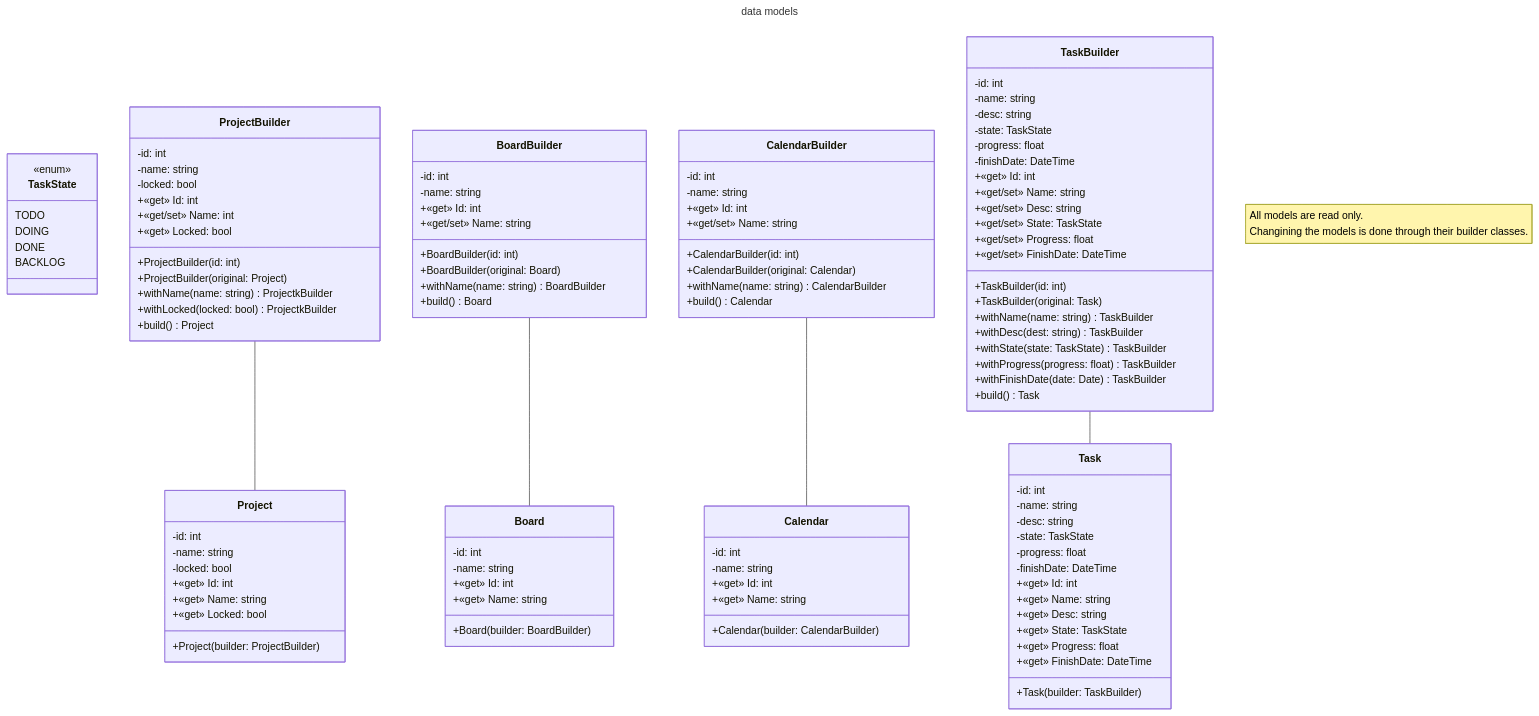
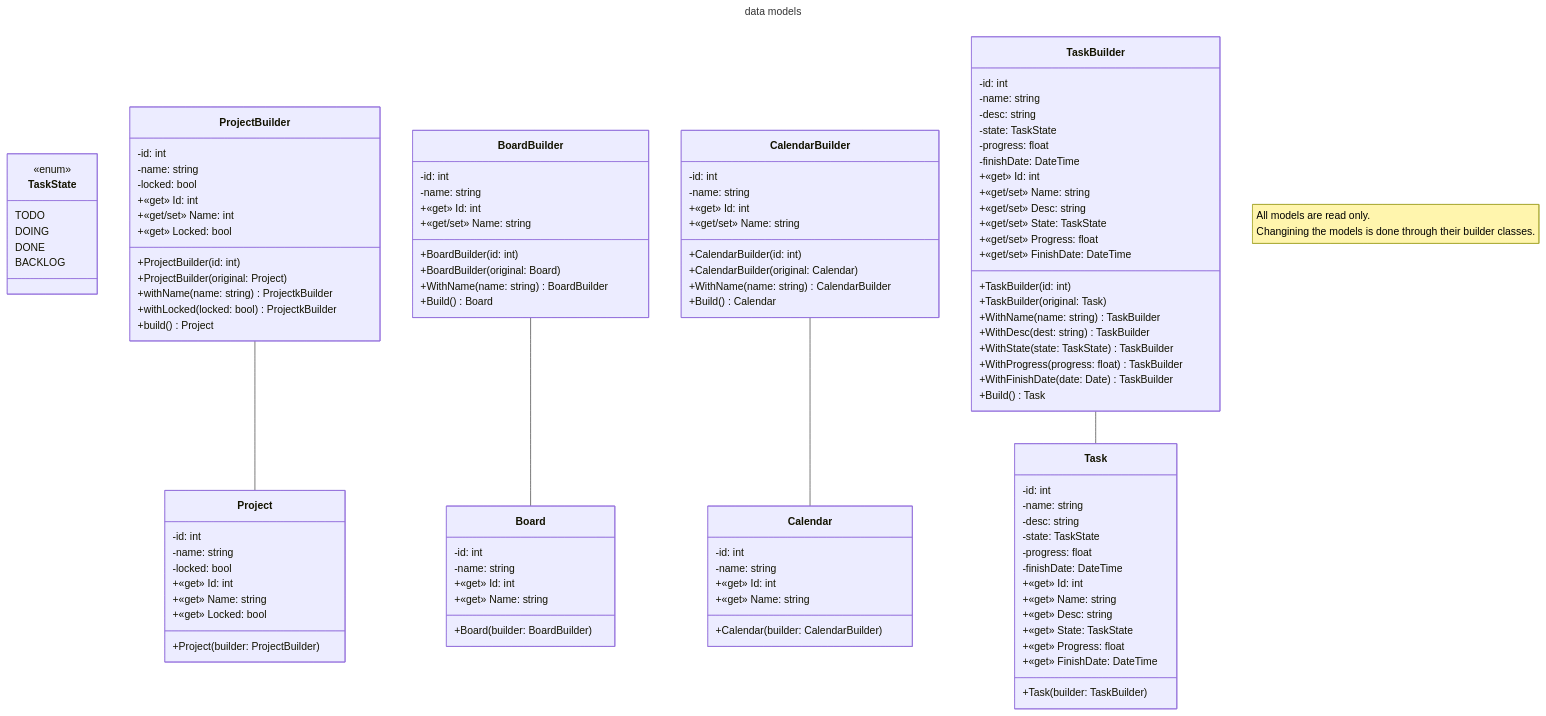
One commit to tadeas223/todo_list changed the diagram in docs/uml/Domain/Model.md. Above: the diagram before and after it, drawn with Mermaid. The commit also changed 6 other files, not shown here.

````diff
--- a/docs/uml/Domain/Model.md
+++ b/docs/uml/Domain/Model.md
@@ -107,8 +107,8 @@
 
         +BoardBuilder(id: int)
         +BoardBuilder(original: Board)
-        +withName(name: string) BoardBuilder
-        +build() Board
+        +WithName(name: string) BoardBuilder
+        +Build() Board
     }
 
     class CalendarBuilder {
@@ -120,8 +120,8 @@
 
         +CalendarBuilder(id: int)
         +CalendarBuilder(original: Calendar)
-        +withName(name: string) CalendarBuilder
-        +build() Calendar
+        +WithName(name: string) CalendarBuilder
+        +Build() Calendar
     }
 
     class TaskBuilder {
@@ -141,12 +141,12 @@
 
         +TaskBuilder(id: int)
         +TaskBuilder(original: Task)
-        +withName(name: string) TaskBuilder
-        +withDesc(dest: string) TaskBuilder
-        +withState(state: TaskState) TaskBuilder
-        +withProgress(progress: float) TaskBuilder
-        +withFinishDate(date: Date) TaskBuilder
-        +build() Task 
+        +WithName(name: string) TaskBuilder
+        +WithDesc(dest: string) TaskBuilder
+        +WithState(state: TaskState) TaskBuilder
+        +WithProgress(progress: float) TaskBuilder
+        +WithFinishDate(date: Date) TaskBuilder
+        +Build() Task 
     }
 
 ```
````
